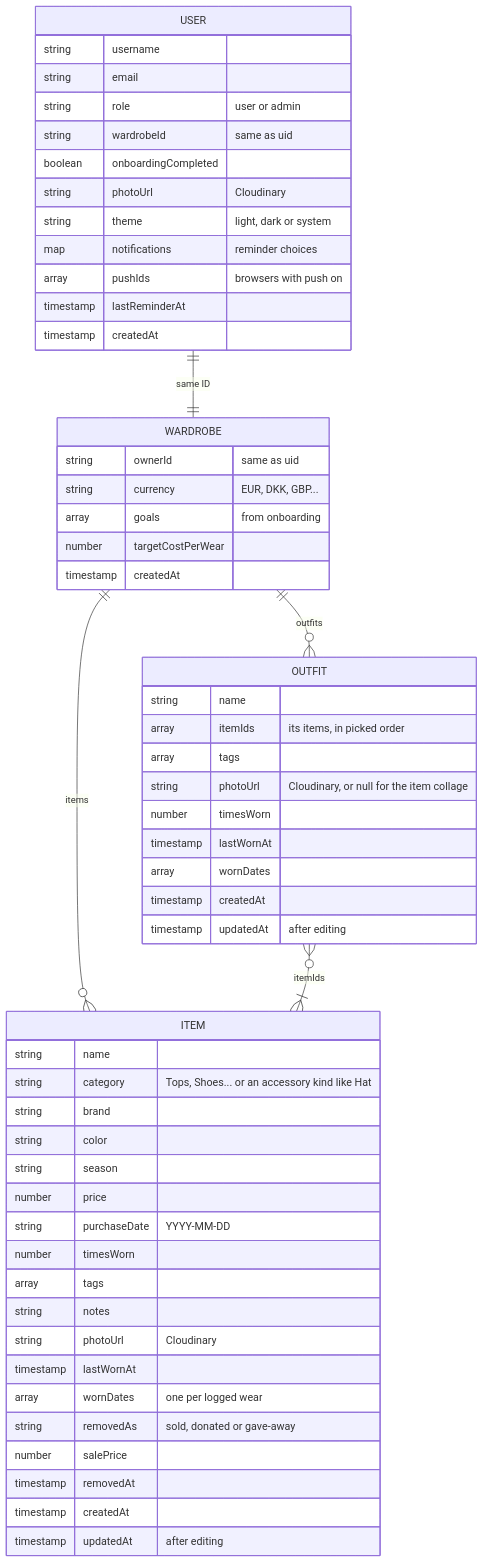
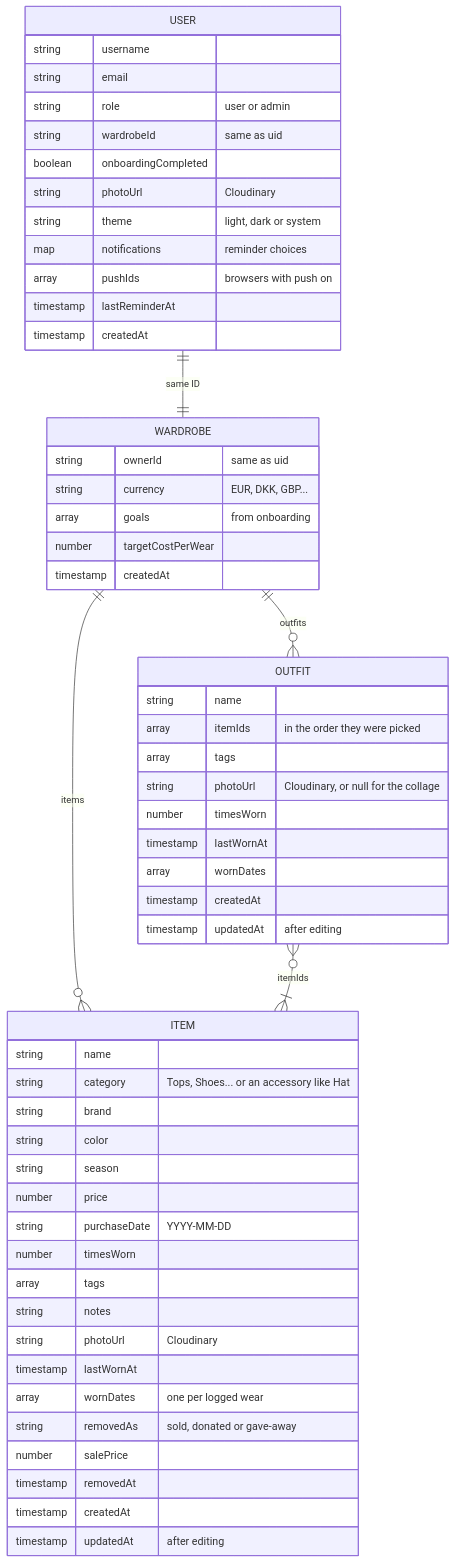
The second of 2 diagrams in README.md (anetkabagetka/wearit), drawn with Mermaid before and after one commit. The commit also changed other lines of this file and 16 other files, not shown here.

````diff
--- a/README.md
+++ b/README.md
@@ -124,59 +125,59 @@
 ```mermaid
 erDiagram
     USER ||--|| WARDROBE : "same ID"
     WARDROBE ||--o{ ITEM : "items"
     WARDROBE ||--o{ OUTFIT : "outfits"
     OUTFIT }o--|{ ITEM : "itemIds"
 
     USER {
         string username
         string email
         string role "user or admin"
         string wardrobeId "same as uid"
         boolean onboardingCompleted
         string photoUrl "Cloudinary"
         string theme "light, dark or system"
         map notifications "reminder choices"
         array pushIds "browsers with push on"
         timestamp lastReminderAt
         timestamp createdAt
     }
     WARDROBE {
         string ownerId "same as uid"
         string currency "EUR, DKK, GBP..."
         array goals "from onboarding"
         number targetCostPerWear
         timestamp createdAt
     }
     ITEM {
         string name
-        string category "Tops, Shoes... or an accessory kind like Hat"
+        string category "Tops, Shoes... or an accessory like Hat"
         string brand
         string color
         string season
         number price
         string purchaseDate "YYYY-MM-DD"
         number timesWorn
         array tags
         string notes
         string photoUrl "Cloudinary"
         timestamp lastWornAt
         array wornDates "one per logged wear"
         string removedAs "sold, donated or gave-away"
         number salePrice
         timestamp removedAt
         timestamp createdAt
         timestamp updatedAt "after editing"
     }
     OUTFIT {
         string name
-        array itemIds "its items, in picked order"
+        array itemIds "in the order they were picked"
         array tags
-        string photoUrl "Cloudinary, or null for the item collage"
+        string photoUrl "Cloudinary, or null for the collage"
         number timesWorn
         timestamp lastWornAt
         array wornDates
         timestamp createdAt
         timestamp updatedAt "after editing"
     }
 ```
````
